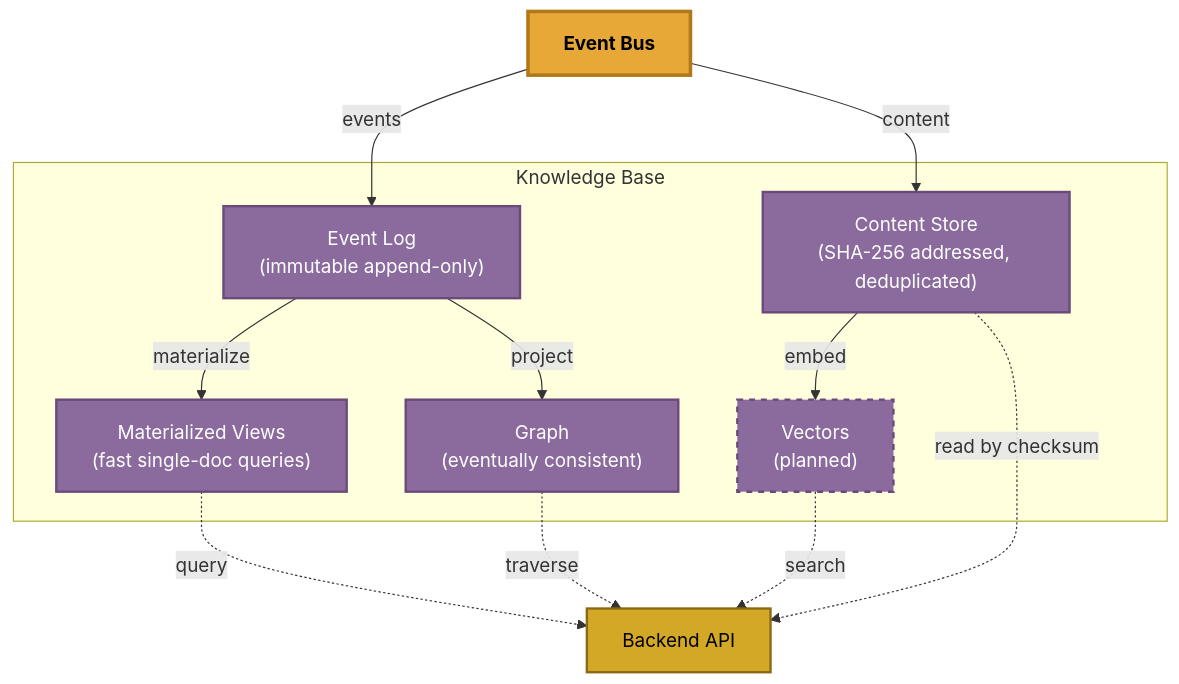
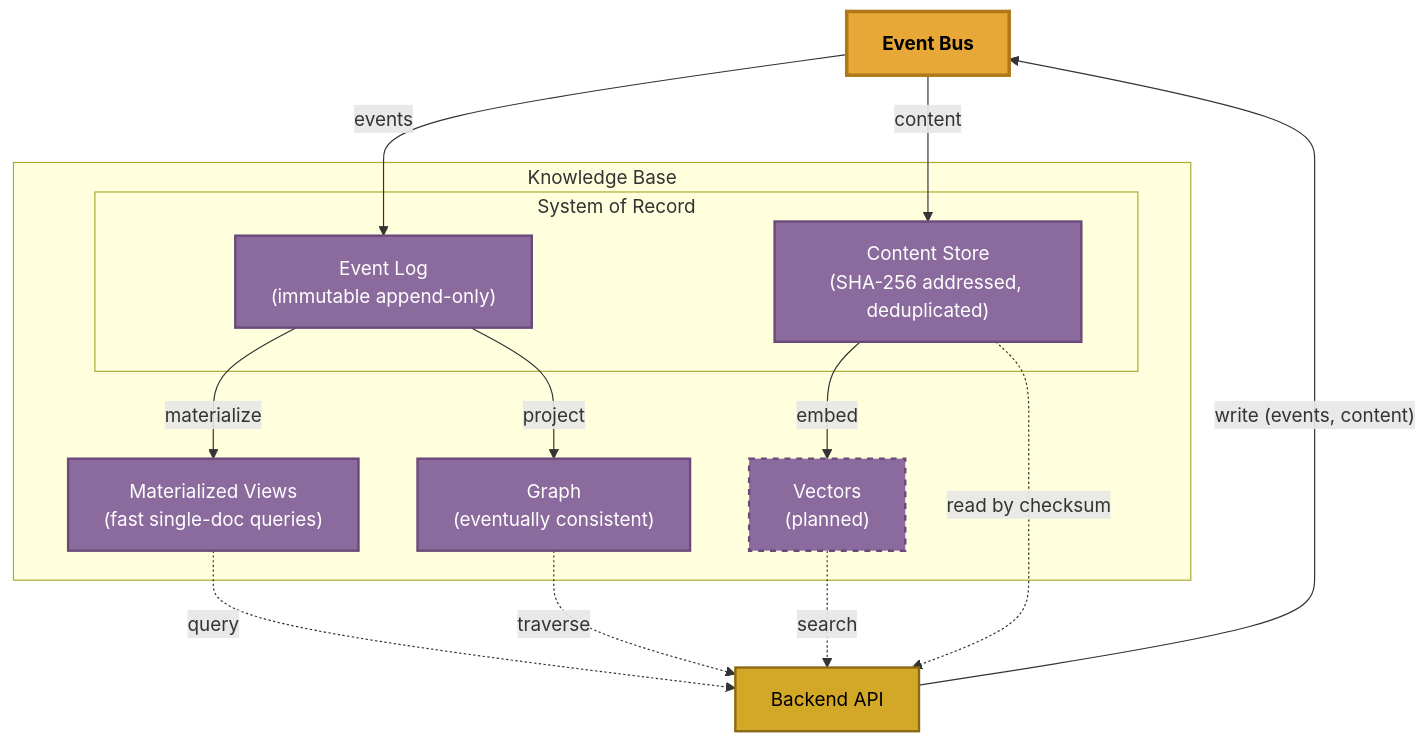
The third of 3 diagrams in docs/ARCHITECTURE-NEXT.md (The-AI-Alliance/semiont), drawn with Mermaid before and after one commit.

Commit message:
updates to KB diagram

````diff
--- a/docs/ARCHITECTURE-NEXT.md
+++ b/docs/ARCHITECTURE-NEXT.md
@@ -98,33 +98,35 @@
 ```mermaid
 graph TB
     BUS["Event Bus"] -->|events| EVENTLOG
     BUS -->|content| CONTENT
 
     subgraph kb ["Knowledge Base"]
-        EVENTLOG["Event Log<br/>(immutable append-only)"]
-        CONTENT["Content Store<br/>(SHA-256 addressed, deduplicated)"]
+        subgraph sor ["System of Record"]
+            EVENTLOG["Event Log<br/>(immutable append-only)"]
+            CONTENT["Content Store<br/>(SHA-256 addressed, deduplicated)"]
+        end
         VIEWS["Materialized Views<br/>(fast single-doc queries)"]
         GRAPH["Graph<br/>(eventually consistent)"]
         VECTORS["Vectors<br/>(planned)"]
 
         EVENTLOG -->|materialize| VIEWS
         EVENTLOG -->|project| GRAPH
         CONTENT -->|embed| VECTORS
     end
 
+    BE["Backend API"] -->|"write (events, content)"| BUS
     VIEWS -.->|query| BE
     CONTENT -.->|read by checksum| BE
     GRAPH -.->|traverse| BE
     VECTORS -.->|search| BE
-    BE["Backend API"]
 
     classDef bus fill:#e8a838,stroke:#b07818,stroke-width:3px,color:#000,font-weight:bold
     classDef store fill:#8b6b9d,stroke:#6b4a7a,stroke-width:2px,color:#fff
     classDef api fill:#d4a827,stroke:#8b6914,stroke-width:2px,color:#000
     classDef planned fill:#8b6b9d,stroke:#6b4a7a,stroke-width:2px,color:#fff,stroke-dasharray: 5 5
 
     class BUS bus
     class EVENTLOG,VIEWS,CONTENT,GRAPH store
     class VECTORS planned
     class BE api
 ```
````
